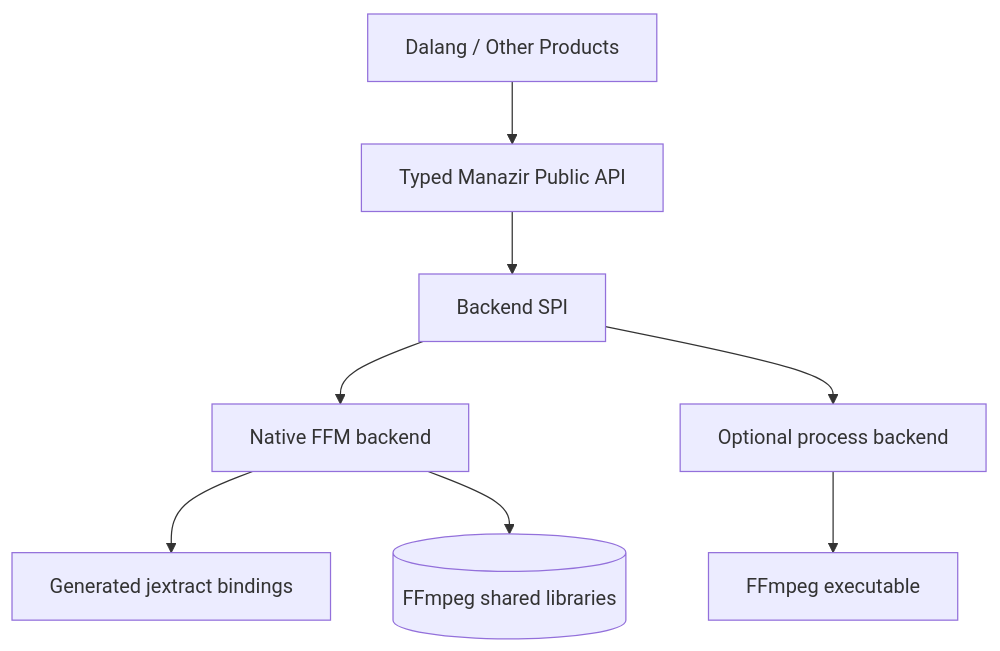
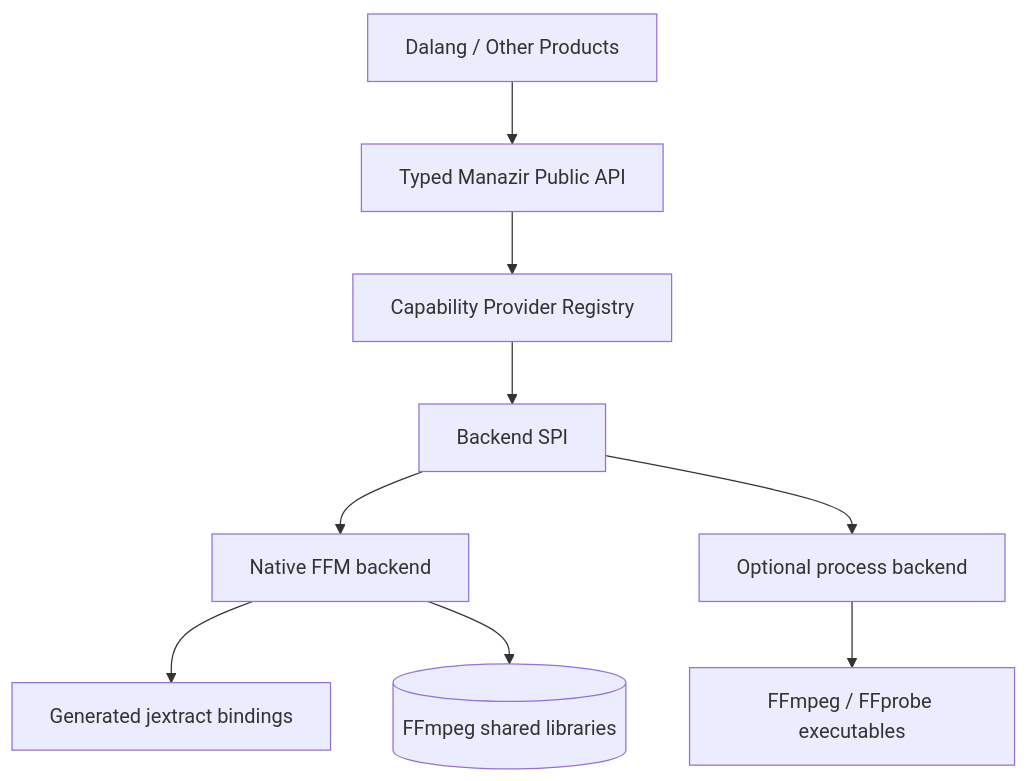
The first of 5 diagrams in docs/architecture/DIAGRAMS.md (andalus-ai/manazir), drawn with Mermaid before and after one commit. The commit also changed other lines of this file, not shown here.

Commit message:
docs: diagram provider selection flow

````diff
--- a/docs/architecture/DIAGRAMS.md
+++ b/docs/architecture/DIAGRAMS.md
@@ -4,10 +4,11 @@
 ```mermaid
 flowchart TB
  P[Dalang / Other Products] --> API[Typed Manazir Public API]
- API --> SPI[Backend SPI]
+ API --> REG[Capability Provider Registry]
+ REG --> SPI[Backend SPI]
  SPI --> FFM[Native FFM backend]
  SPI --> PROC[Optional process backend]
  FFM --> GEN[Generated jextract bindings]
  FFM --> LIB[(FFmpeg shared libraries)]
- PROC --> BIN[FFmpeg executable]
+ PROC --> BIN[FFmpeg / FFprobe executables]
 ```
````
